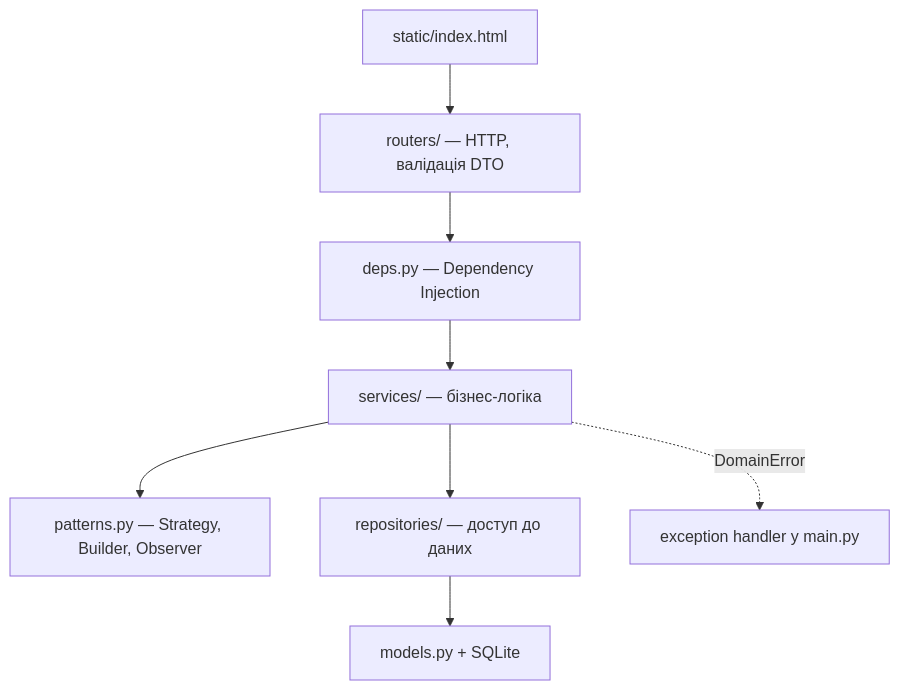
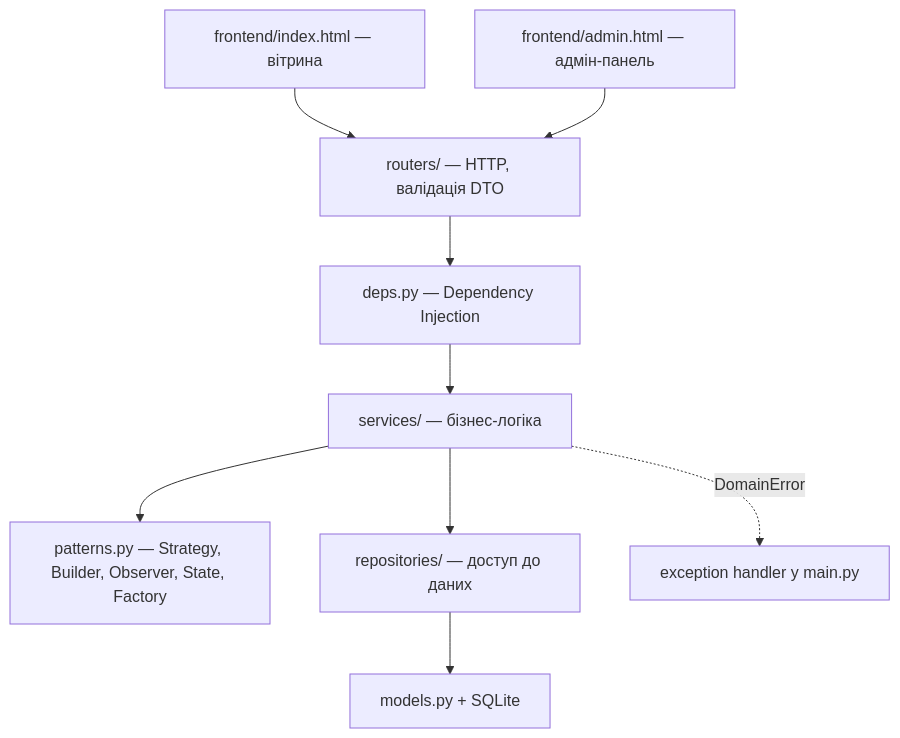
The sixth of 6 diagrams in docs/ANALYSIS.md (nikaakor/coursework-project), drawn with Mermaid before and after one commit. The commit also changed other lines of this file, not shown here.

Commit message:
Complete class diagrams: State hierarchy, admin services, pattern colors

````diff
--- a/docs/ANALYSIS.md
+++ b/docs/ANALYSIS.md
@@ -152,10 +311,11 @@
 ```mermaid
 flowchart TB
-    UI[static/index.html] --> R[routers/ — HTTP, валідація DTO]
+    UI[frontend/index.html — вітрина] --> R[routers/ — HTTP, валідація DTO]
+    AUI[frontend/admin.html — адмін-панель] --> R
     R --> D[deps.py — Dependency Injection]
     D --> S[services/ — бізнес-логіка]
-    S --> P[patterns.py — Strategy, Builder, Observer]
+    S --> P[patterns.py — Strategy, Builder, Observer, State, Factory]
     S --> Rp[repositories/ — доступ до даних]
     Rp --> M[models.py + SQLite]
     S -. DomainError .-> H[exception handler у main.py]
 ```
````
